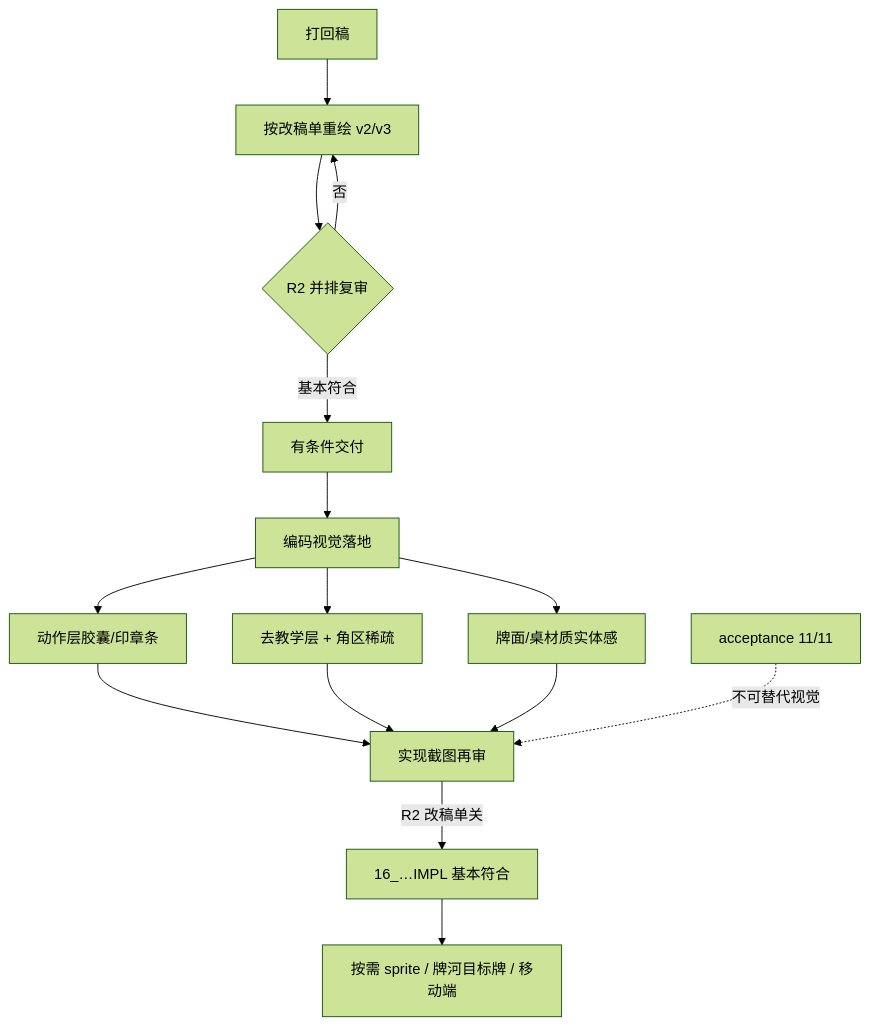
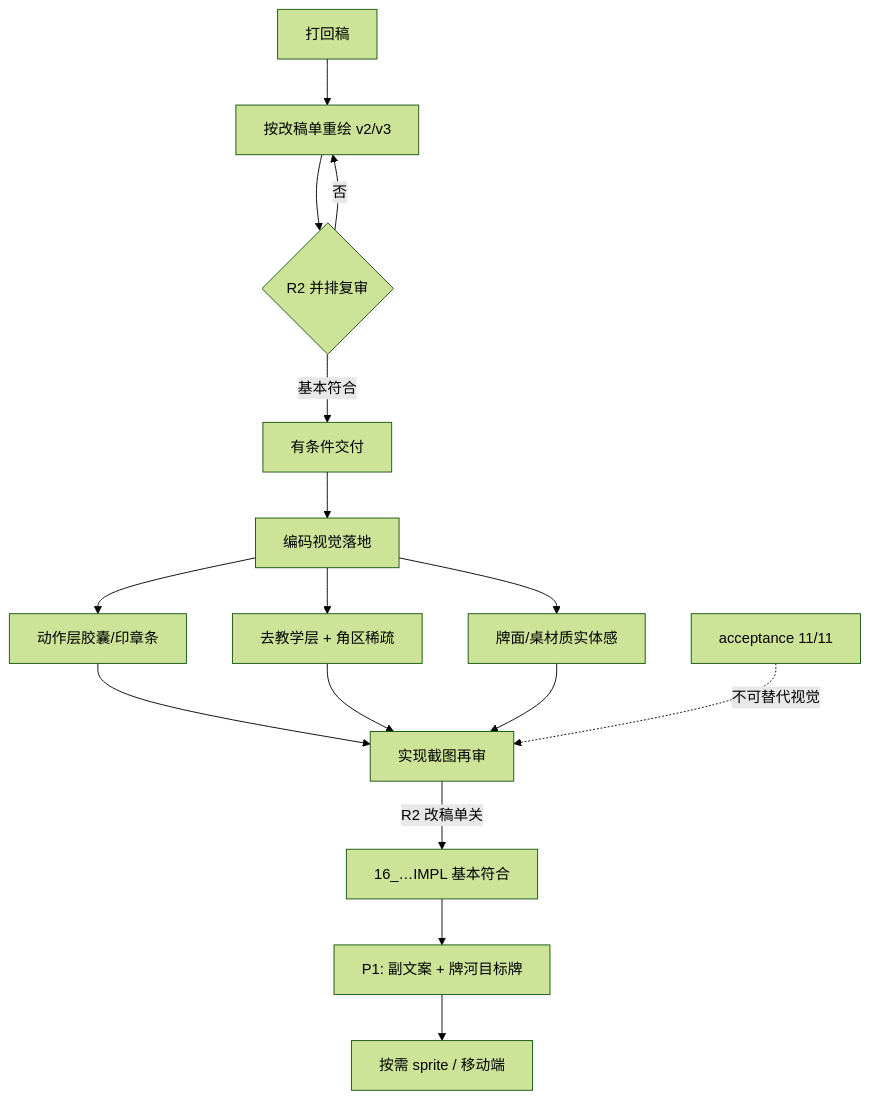
The diagram in docs/handoff-majiang-ui-fidelity-progress-20260917.md (business4wangyi/majiang1), drawn with Mermaid (forest theme) before and after one commit. The commit also changed other lines of this file and 4 other files, not shown here.

````diff
--- a/docs/handoff-majiang-ui-fidelity-progress-20260917.md
+++ b/docs/handoff-majiang-ui-fidelity-progress-20260917.md
@@ -9,17 +9,18 @@
 ```mermaid
 flowchart TD
   A[打回稿] --> B[按改稿单重绘 v2/v3]
   B --> C{R2 并排复审}
   C -->|基本符合| D[有条件交付]
   D --> E[编码视觉落地]
   E --> E1[动作层胶囊/印章条]
   E --> E2[去教学层 + 角区稀疏]
   E --> E3[牌面/桌材质实体感]
   E1 --> F[实现截图再审]
   E2 --> F
   E3 --> F
   F -->|R2 改稿单关| G[16_…IMPL 基本符合]
-  G --> H[按需 sprite / 牌河目标牌 / 移动端]
+  G --> H1[P1: 副文案 + 牌河目标牌]
+  H1 --> H[按需 sprite / 移动端]
   C -->|否| B
   I[acceptance 11/11] -.->|不可替代视觉| F
 ```
````
